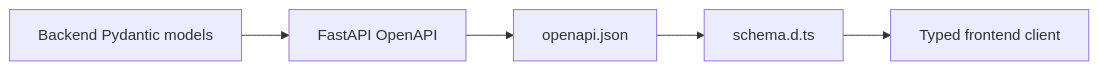
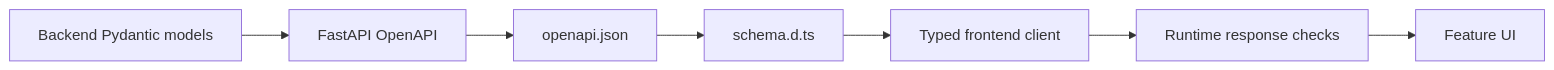
One commit to rnkraus/investment-research changed the first of 2 diagrams in frontend/src/lib/api/README.md. Above: the diagram before and after it, drawn with Mermaid. The commit also changed other lines of this file and 6 other files, not shown here.

````diff
--- a/frontend/src/lib/api/README.md
+++ b/frontend/src/lib/api/README.md
@@ -15,7 +16,9 @@
 ```mermaid
 flowchart LR
     MODELS[Backend Pydantic models] --> OPENAPI[FastAPI OpenAPI]
     OPENAPI --> SNAPSHOT[openapi.json]
     SNAPSHOT --> TYPES[schema.d.ts]
     TYPES --> CLIENT[Typed frontend client]
+    CLIENT --> RUNTIME[Runtime response checks]
+    RUNTIME --> UI[Feature UI]
 ```
````
